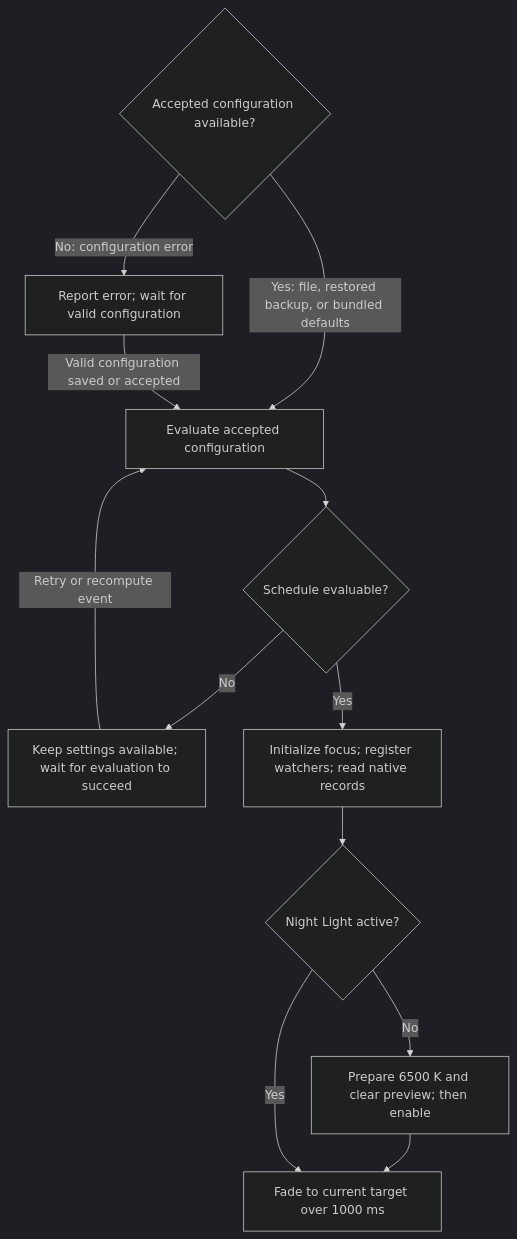
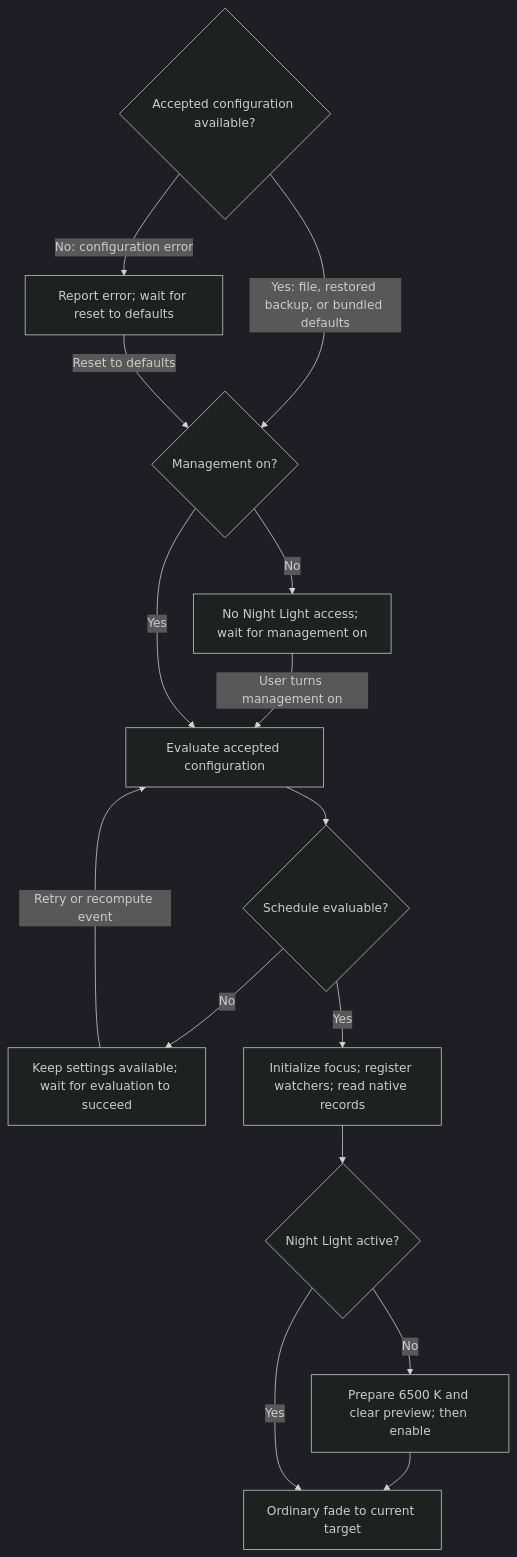
One commit to kvnxiao/circadia changed the first of 2 diagrams in docs/specs/control.md. Above: the diagram before and after it, drawn with Mermaid (dark theme). The commit also changed other lines of this file and 35 other files, not shown here.

````diff
--- a/docs/specs/control.md
+++ b/docs/specs/control.md
@@ -30,14 +54,17 @@
 ```mermaid
 flowchart TD
-  C{"Accepted configuration available?"} -->|"No: configuration error"| Wait["Report error; wait for valid configuration"]
-  C -->|"Yes: file, restored backup, or bundled defaults"| S["Evaluate accepted configuration"]
-  Wait -->|"Valid configuration saved or accepted"| S
+  C{"Accepted configuration available?"} -->|"No: configuration error"| Wait["Report error; wait for reset to defaults"]
+  C -->|"Yes: file, restored backup, or bundled defaults"| M{"Management on?"}
+  Wait -->|"Reset to defaults"| M
+  M -->|No| Idle["No Night Light access; wait for management on"]
+  Idle -->|"User turns management on"| S["Evaluate accepted configuration"]
+  M -->|Yes| S
   S --> T{"Schedule evaluable?"}
   T -->|No| Error["Keep settings available; wait for evaluation to succeed"]
   Error -->|"Retry or recompute event"| S
   T -->|Yes| R["Initialize focus; register watchers; read native records"]
   R --> A{"Night Light active?"}
   A -->|No| P["Prepare 6500 K and clear preview; then enable"]
-  P --> F["Fade to current target over 1000 ms"]
+  P --> F["Ordinary fade to current target"]
   A -->|Yes| F
 ```
````
